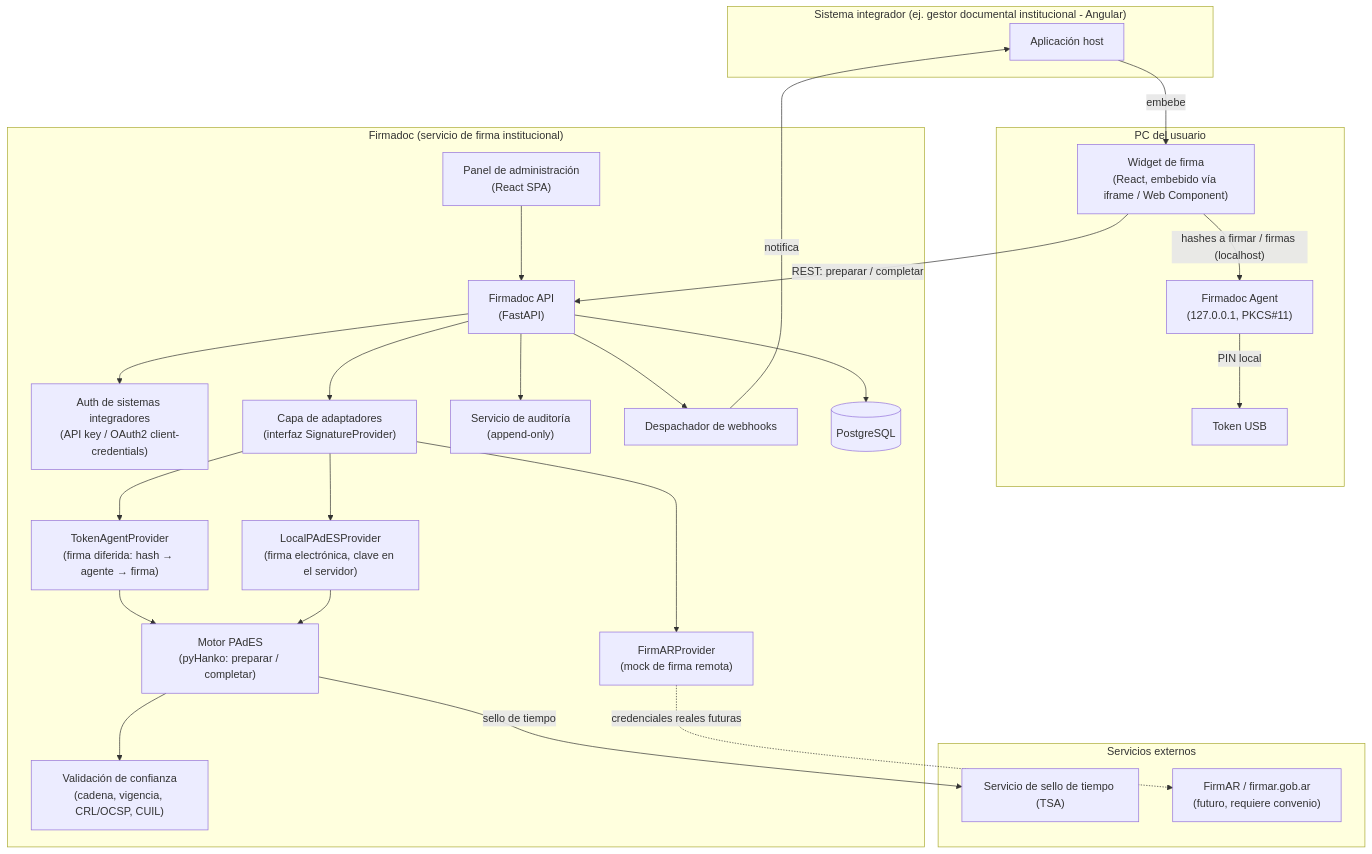
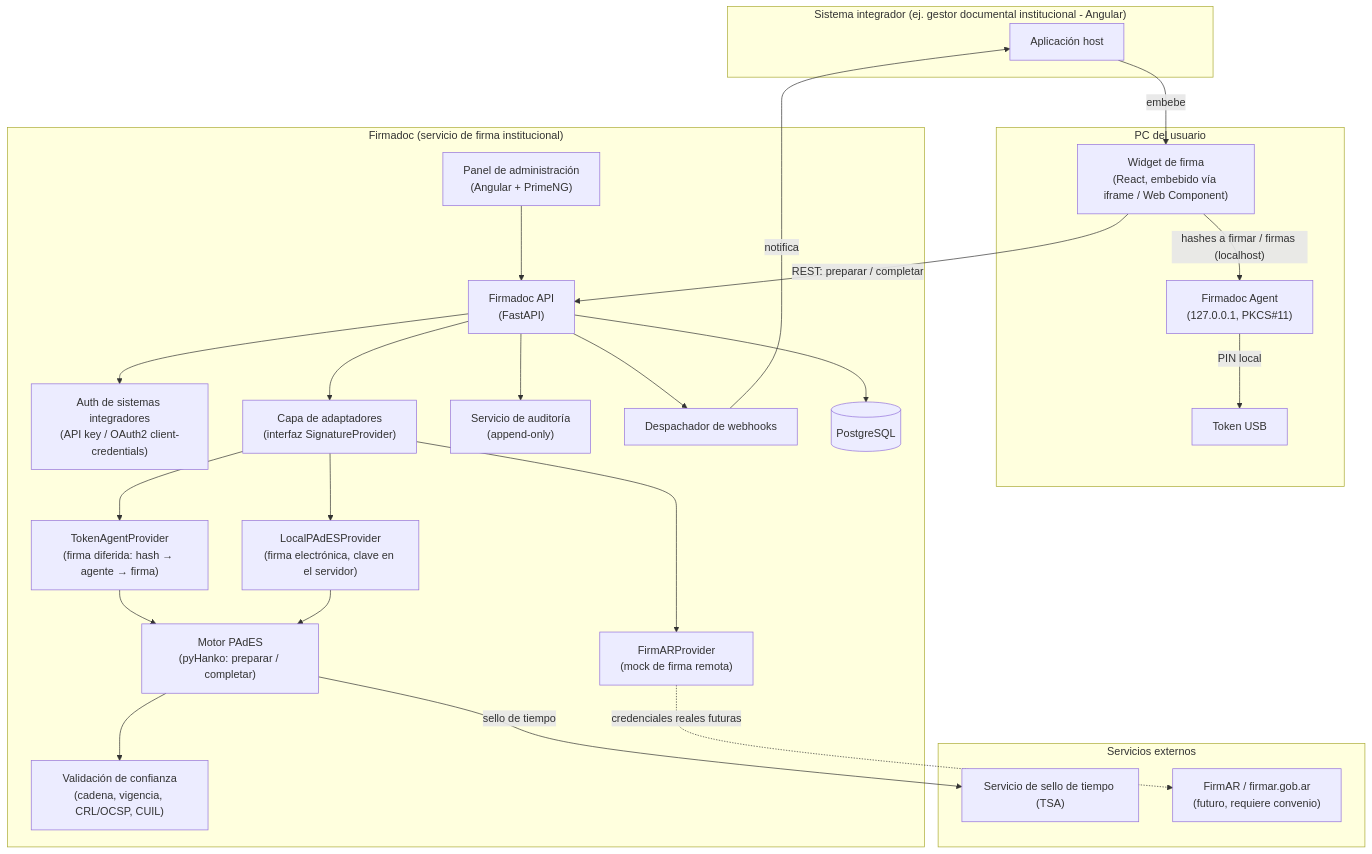
Before and after one commit to aflorenciacabrera/AI4Devs-finalproject-temp: the first of 3 diagrams in README.md, drawn with Mermaid. The commit also changed other lines of this file and 58 other files, not shown here.

First line of the commit message:
Panel en Angular + PrimeNG servido en /panel (FIRDOC-47)

````diff
--- a/README.md
+++ b/README.md
@@ -176,52 +176,52 @@
 ```mermaid
 flowchart TB
     subgraph Cliente["Sistema integrador (ej. gestor documental institucional - Angular)"]
         HostApp["Aplicación host"]
     end
 
     subgraph PC["PC del usuario"]
         Widget["Widget de firma\n(React, embebido vía iframe / Web Component)"]
         Agent["Firmadoc Agent\n(127.0.0.1, PKCS#11)"]
         USB["Token USB"]
     end
 
     subgraph Firmadoc["Firmadoc (servicio de firma institucional)"]
         API["Firmadoc API\n(FastAPI)"]
         Auth["Auth de sistemas integradores\n(API key / OAuth2 client-credentials)"]
         Providers["Capa de adaptadores\n(interfaz SignatureProvider)"]
         TokenP["TokenAgentProvider\n(firma diferida: hash → agente → firma)"]
         Local["LocalPAdESProvider\n(firma electrónica, clave en el servidor)"]
         FirmAR["FirmARProvider\n(mock de firma remota)"]
         Engine["Motor PAdES\n(pyHanko: preparar / completar)"]
         Valid["Validación de confianza\n(cadena, vigencia, CRL/OCSP, CUIL)"]
         Audit["Servicio de auditoría\n(append-only)"]
         Webhook["Despachador de webhooks"]
-        Admin["Panel de administración\n(React SPA)"]
+        Admin["Panel de administración\n(Angular + PrimeNG)"]
         DB[("PostgreSQL")]
     end
 
     subgraph Externos["Servicios externos"]
         TSA["Servicio de sello de tiempo (TSA)"]
         FirmARReal["FirmAR / firmar.gob.ar\n(futuro, requiere convenio)"]
     end
 
     HostApp -- "embebe" --> Widget
     Widget -- "REST: preparar / completar" --> API
     Widget -- "hashes a firmar / firmas (localhost)" --> Agent
     Agent -- "PIN local" --> USB
     API --> Auth
     API --> Providers
     Providers --> TokenP
     Providers --> Local
     Providers --> FirmAR
     TokenP --> Engine
     Local --> Engine
     Engine --> Valid
     Engine -- "sello de tiempo" --> TSA
     FirmAR -. "credenciales reales futuras" .-> FirmARReal
     API --> Audit
     API --> Webhook
     Webhook -- "notifica" --> HostApp
     API --> DB
     Admin --> API
 ```
````
